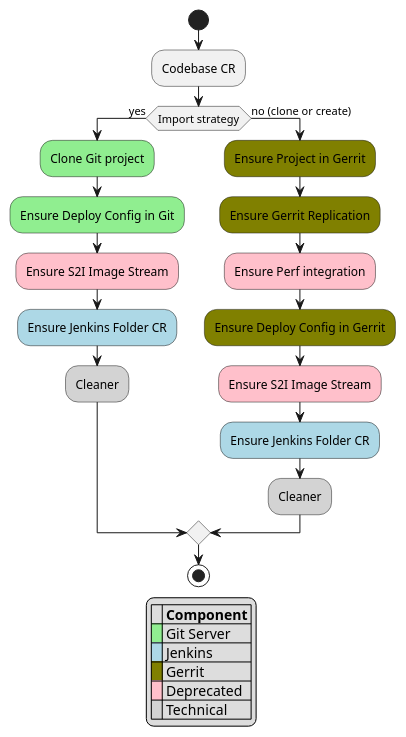
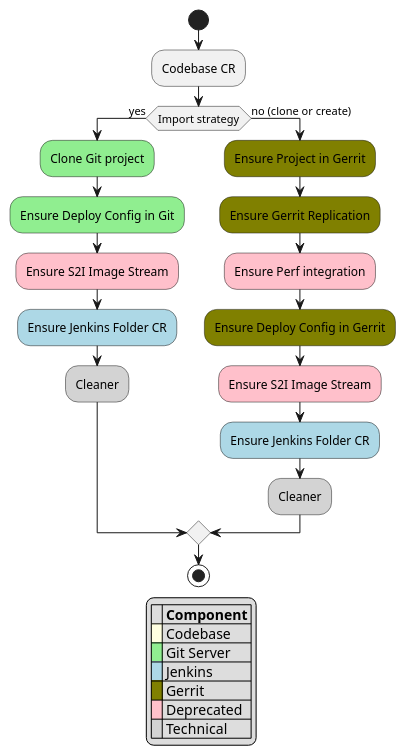
The diagram in documentation/puml/codebase_chain.puml (epam/edp-codebase-operator), drawn with PlantUML before and after one commit. The commit also changed 1 other file, not shown here.

Commit message:
[ARCH] Add plant UML representation for codebase branch controller

```diff
--- a/documentation/puml/codebase_chain.puml
+++ b/documentation/puml/codebase_chain.puml
@@ -1,29 +1,30 @@
 @startuml
 start
 :Codebase CR;
 if (Import strategy) then (yes)
     #lightgreen:Clone Git project;
     #lightgreen:Ensure Deploy Config in Git;
     #pink:Ensure S2I Image Stream;
     #lightblue:Ensure Jenkins Folder CR;
     #lightgrey:Cleaner;
 else (no (clone or create))
     #olive:Ensure Project in Gerrit;
     #olive:Ensure Gerrit Replication;
     #pink:Ensure Perf integration;
     #olive:Ensure Deploy Config in Gerrit;
     #pink:Ensure S2I Image Stream;
     #lightblue:Ensure Jenkins Folder CR;
     #lightgrey:Cleaner;
 endif
 stop
 
 legend
 |= |= Component |
+|<back:#lightyellow>   </back>| Codebase |
 |<back:#lightgreen>   </back>| Git Server |
 |<back:#lightblue>   </back>| Jenkins |
 |<back:#olive>   </back>| Gerrit |
 |<back:#pink>   </back>| Deprecated |
 |<back:#lightgrey>   </back>| Technical  |
 endlegend
 @enduml
```
